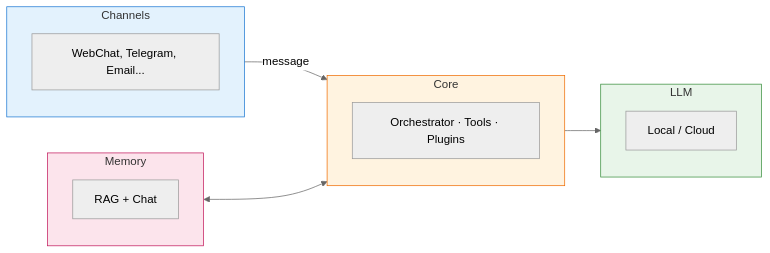
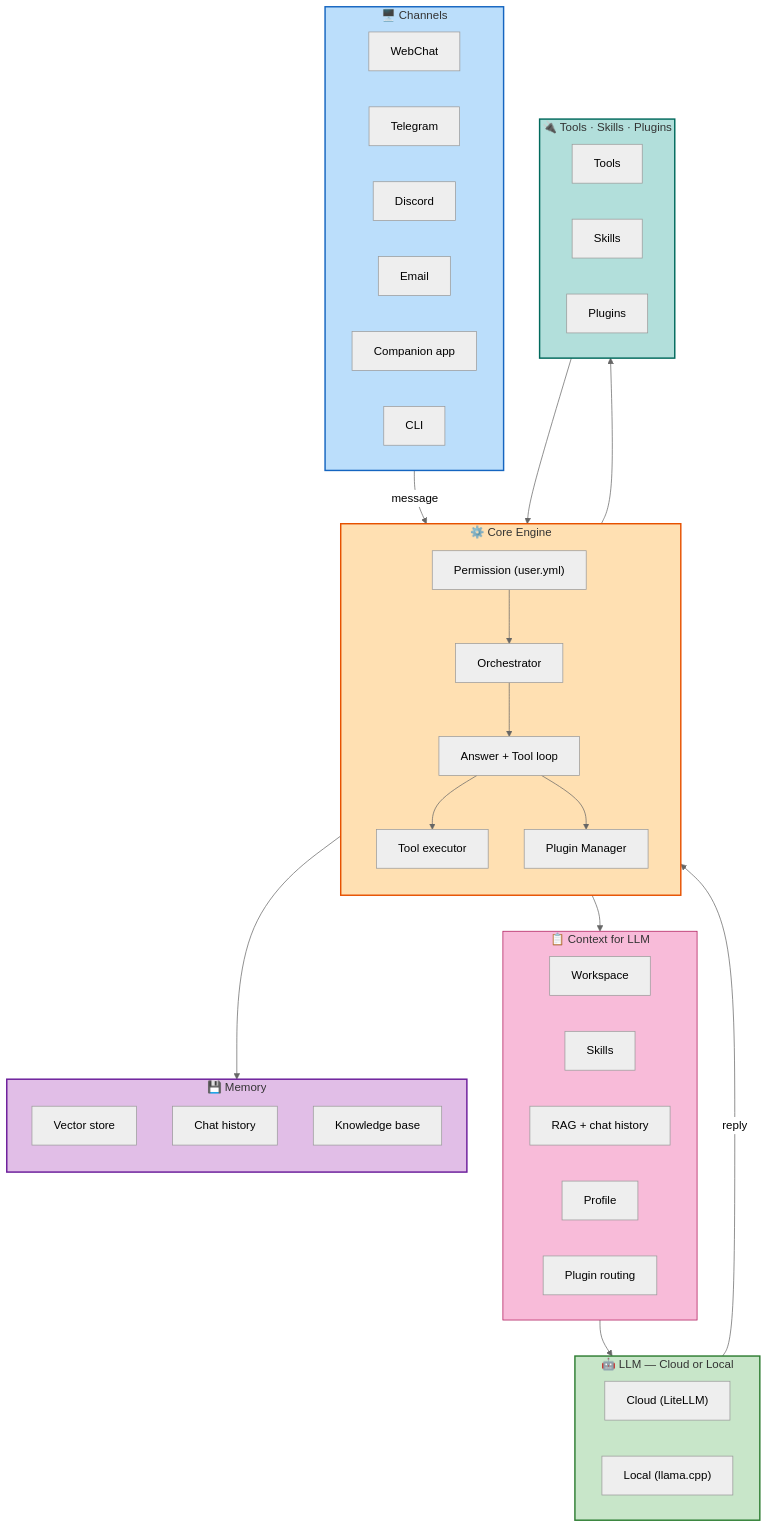
The first of 3 diagrams in README.md (allenpeng0705/HomeClaw), drawn with Mermaid (neutral theme) before and after one commit. The commit also changed other lines of this file, not shown here.

````diff
--- a/README.md
+++ b/README.md
@@ -56,22 +56,68 @@
 ```mermaid
-flowchart LR
-  subgraph CH["Channels"]
-    A[WebChat, Telegram, Email...]
+flowchart TB
+  subgraph Channels["🖥️ Channels"]
+    direction LR
+    WebChat["WebChat"]
+    Telegram["Telegram"]
+    Discord["Discord"]
+    Email["Email"]
+    Companion["Companion app"]
+    CLI["CLI"]
   end
-  subgraph CO["Core"]
-    B[Orchestrator · Tools · Plugins]
+
+  subgraph Core["⚙️ Core Engine"]
+    direction TB
+    Permission["Permission (user.yml)"]
+    Orch["Orchestrator"]
+    Answer["Answer + Tool loop"]
+    ToolExec["Tool executor"]
+    PluginMgr["Plugin Manager"]
+    Permission --> Orch --> Answer
+    Answer --> ToolExec
+    Answer --> PluginMgr
   end
-  subgraph LL["LLM"]
-    C[Local / Cloud]
+
+  subgraph Context["📋 Context for LLM"]
+    direction LR
+    Workspace["Workspace"]
+    Skills["Skills"]
+    MemBlock["RAG + chat history"]
+    ProfileBlock["Profile"]
+    Routing["Plugin routing"]
   end
-  subgraph ME["Memory"]
-    D[RAG + Chat]
+
+  subgraph LLM["🤖 LLM — Cloud or Local"]
+    direction LR
+    Cloud["Cloud (LiteLLM)"]
+    Local["Local (llama.cpp)"]
   end
-  CH -->|message| CO
-  CO --> LL
-  ME <--> CO
-  style CH fill:#e3f2fd,stroke:#1976d2
-  style CO fill:#fff3e0,stroke:#ef6c00
-  style LL fill:#e8f5e9,stroke:#388e3c
-  style ME fill:#fce4ec,stroke:#c2185b
+
+  subgraph Memory["💾 Memory"]
+    direction TB
+    Vector["Vector store"]
+    ChatDB["Chat history"]
+    KB["Knowledge base"]
+  end
+
+  subgraph Extensions["🔌 Tools · Skills · Plugins"]
+    direction LR
+    Tools["Tools"]
+    SkillsExt["Skills"]
+    Plugins["Plugins"]
+  end
+
+  Channels -->|"message"| Core
+  Answer --> Context
+  Context --> LLM
+  LLM -->|"reply"| Answer
+  Answer --> Memory
+  Answer --> Extensions
+  Extensions --> Answer
+
+  style Channels fill:#BBDEFB,stroke:#1565C0,stroke-width:2px
+  style Core fill:#FFE0B2,stroke:#E65100,stroke-width:2px
+  style Context fill:#F8BBD9,stroke:#AD1457,stroke-width:1px
+  style LLM fill:#C8E6C9,stroke:#2E7D32,stroke-width:2px
+  style Memory fill:#E1BEE7,stroke:#6A1B9A,stroke-width:2px
+  style Extensions fill:#B2DFDB,stroke:#00695C,stroke-width:2px
 ```
````
